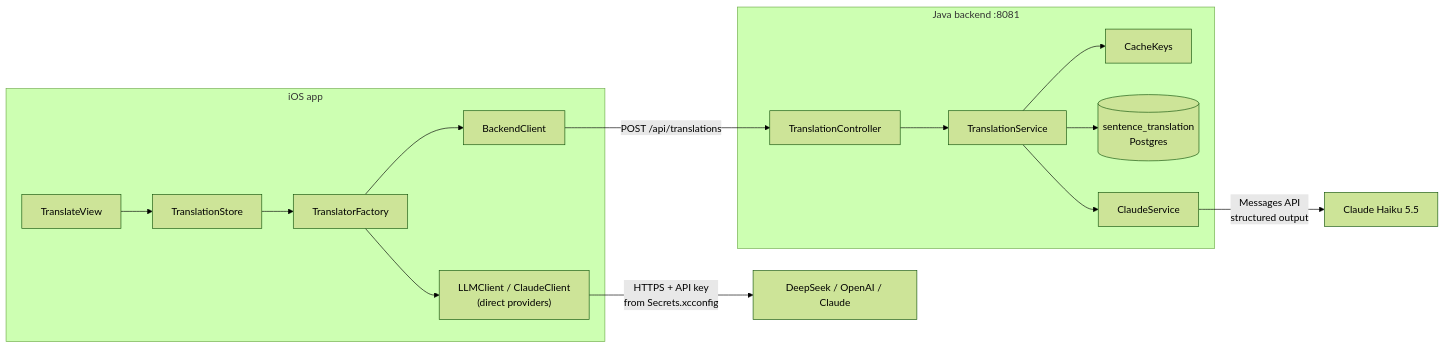
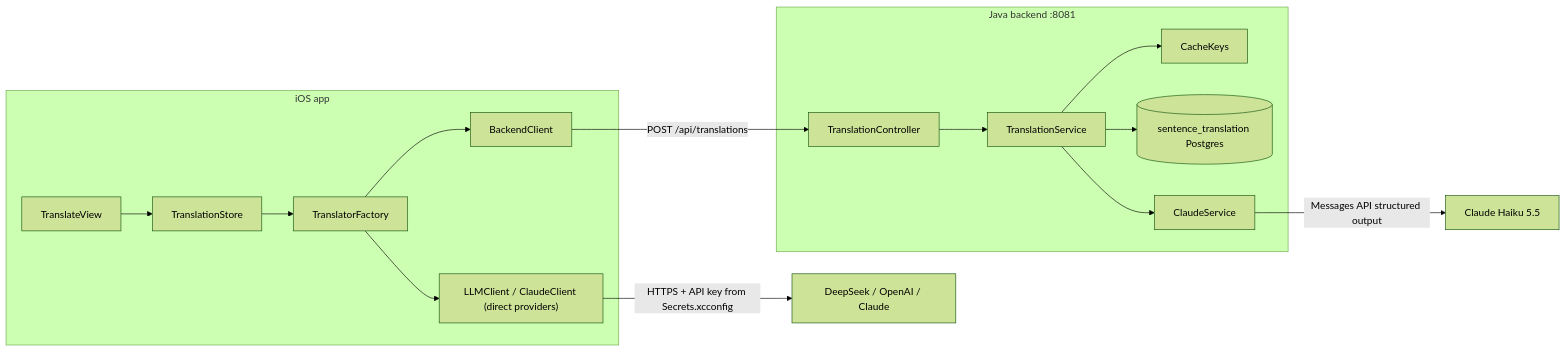
One commit to tranphuocloc070699/saynata changed the first of 3 diagrams in backlog/docs/features/doc-4 - Sentence-translation.md. Above: the diagram before and after it, drawn with Mermaid (forest theme). The commit also changed other lines of this file and 8 other files, not shown here.

````diff
--- a/backlog/docs/features/doc-4 - Sentence-translation.md
+++ b/backlog/docs/features/doc-4 - Sentence-translation.md
@@ -20,18 +20,18 @@
 ```mermaid
 flowchart LR
     subgraph iOS["iOS app"]
         V[TranslateView] --> S[TranslationStore]
         S --> F[TranslatorFactory]
         F --> B[BackendClient]
-        F --> D["LLMClient / ClaudeClient<br/>(direct providers)"]
+        F --> D["LLMClient / ClaudeClient (direct providers)"]
     end
     subgraph API["Java backend :8081"]
         C[TranslationController] --> T[TranslationService]
         T --> K[CacheKeys]
-        T --> R[(sentence_translation<br/>Postgres)]
+        T --> R[(sentence_translation Postgres)]
         T --> CS[ClaudeService]
     end
     B -- "POST /api/translations" --> C
-    CS -- "Messages API<br/>structured output" --> CL[Claude Haiku 5.5]
-    D -- "HTTPS + API key<br/>from Secrets.xcconfig" --> LLM[DeepSeek / OpenAI / Claude]
+    CS -- "Messages API structured output" --> CL[Claude Haiku 5.5]
+    D -- "HTTPS + API key from Secrets.xcconfig" --> LLM[DeepSeek / OpenAI / Claude]
 ```
````
